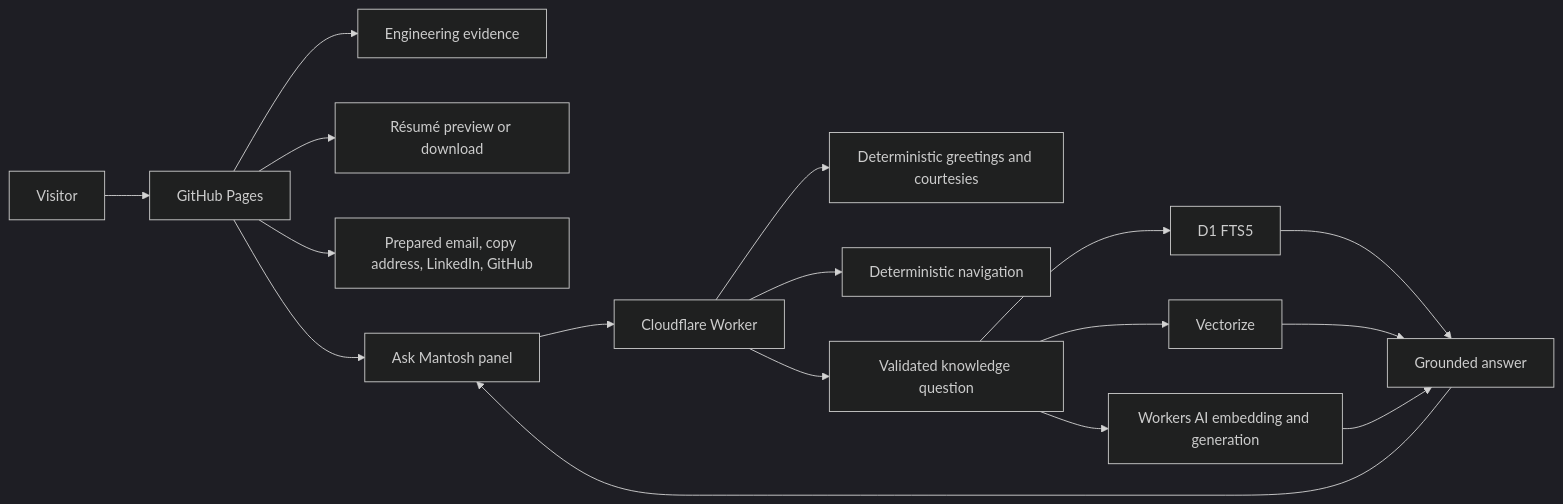
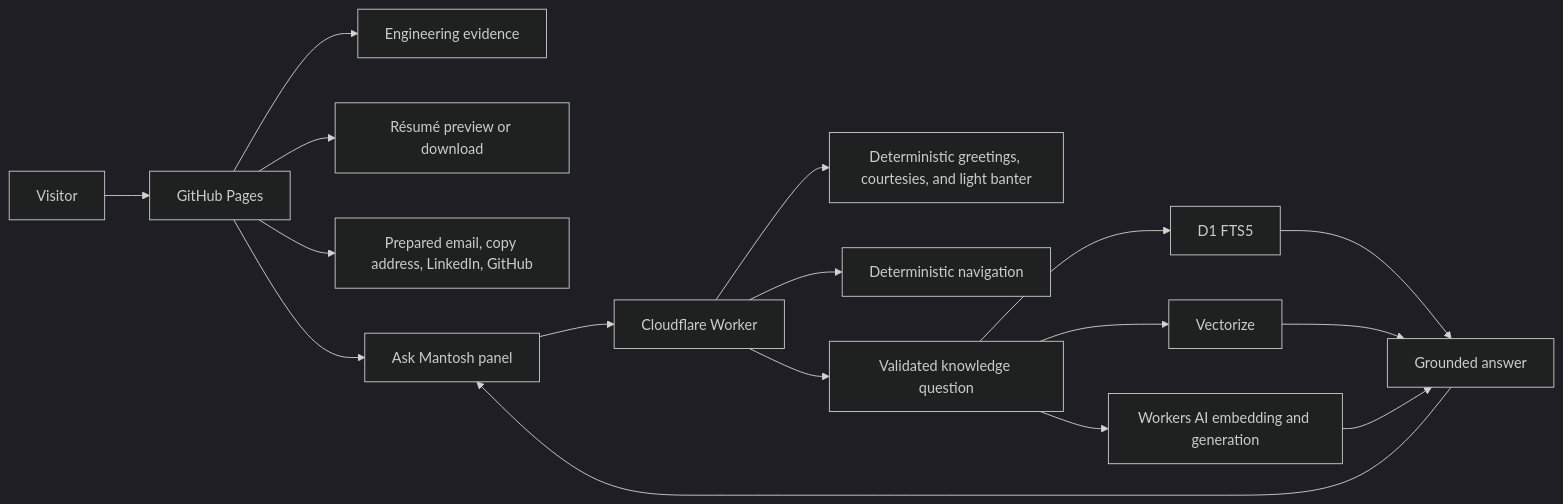
The diagram in docs/SYSTEM_STATE.md (mantoshkumar1/mantoshkumar1.github.io), drawn with Mermaid (dark theme) before and after one commit. The commit also changed other lines of this file and 59 other files, not shown here.

````diff
--- a/docs/SYSTEM_STATE.md
+++ b/docs/SYSTEM_STATE.md
@@ -31,19 +31,19 @@
 ```mermaid
 flowchart LR
   V["Visitor"] --> H["GitHub Pages"]
   H --> E["Engineering evidence"]
   H --> R["Résumé preview or download"]
   H --> C["Prepared email, copy address, LinkedIn, GitHub"]
   H --> A["Ask Mantosh panel"]
   A --> W["Cloudflare Worker"]
-  W --> S["Deterministic greetings and courtesies"]
+  W --> S["Deterministic greetings, courtesies, and light banter"]
   W --> N["Deterministic navigation"]
   W --> Q["Validated knowledge question"]
   Q --> D["D1 FTS5"]
   Q --> X["Vectorize"]
   Q --> M["Workers AI embedding and generation"]
   D --> G["Grounded answer"]
   X --> G
   M --> G
   G --> A
 ```
````
